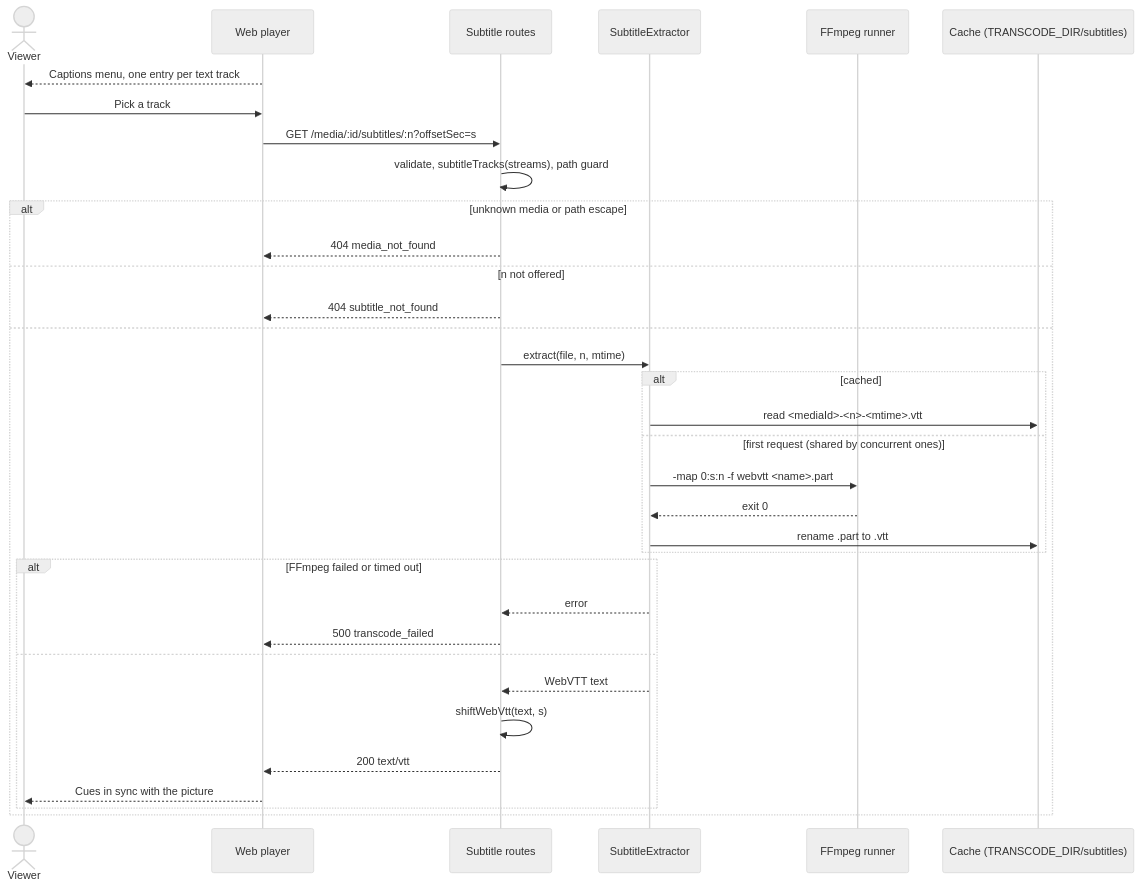
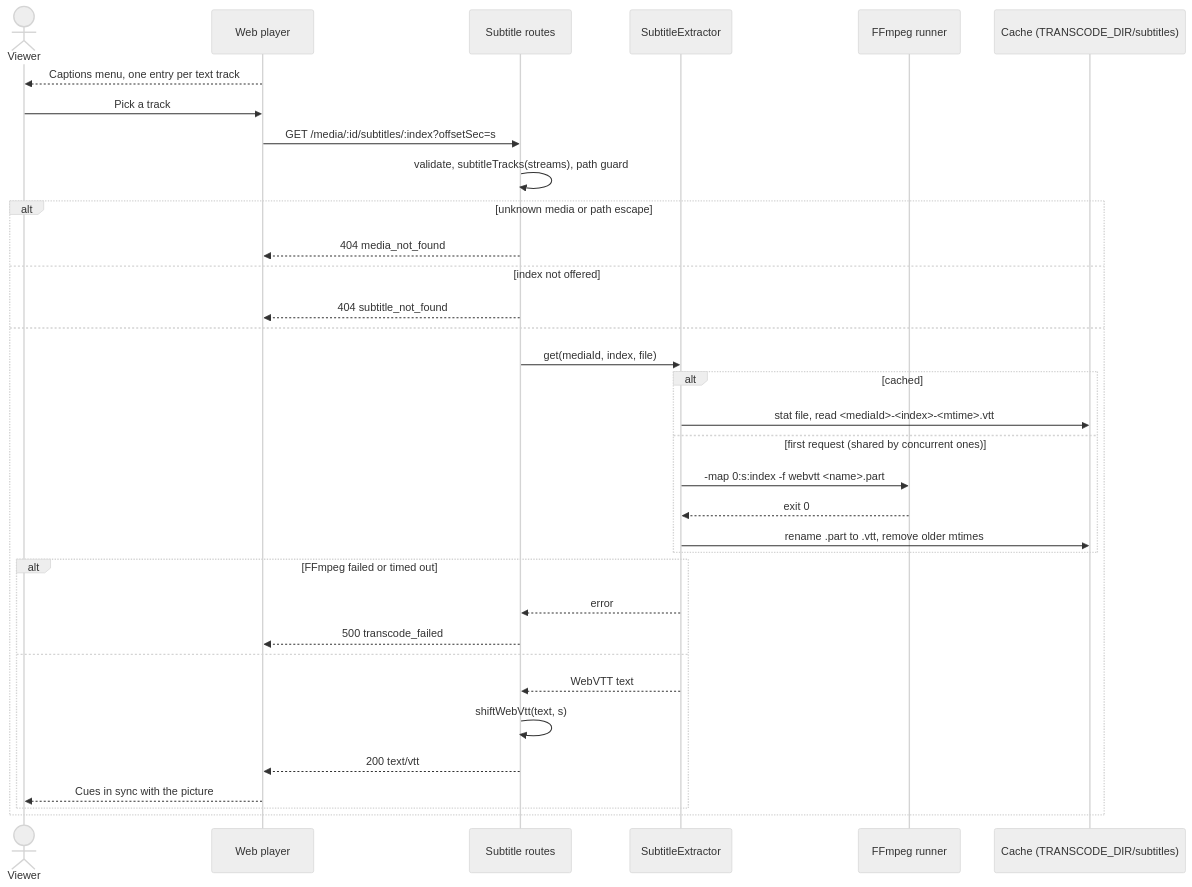
Before and after one commit to benoit-bremaud/popcorntv: the diagram in docs/architecture/diagrams/playback/02-sequence-turn-on-subtitles.md, drawn with Mermaid (neutral theme). The commit also changed 16 other files, not shown here.

````diff
--- a/docs/architecture/diagrams/playback/02-sequence-turn-on-subtitles.md
+++ b/docs/architecture/diagrams/playback/02-sequence-turn-on-subtitles.md
@@ -14,37 +14,37 @@
 ```mermaid
 sequenceDiagram
   actor V as Viewer
   participant P as Web player
   participant API as Subtitle routes
   participant SX as SubtitleExtractor
   participant FF as FFmpeg runner
   participant C as Cache (TRANSCODE_DIR/subtitles)
 
   P-->>V: Captions menu, one entry per text track
   V->>P: Pick a track
-  P->>API: GET /media/:id/subtitles/:n?offsetSec=s
+  P->>API: GET /media/:id/subtitles/:index?offsetSec=s
   API->>API: validate, subtitleTracks(streams), path guard
   alt unknown media or path escape
     API-->>P: 404 media_not_found
-  else n not offered
+  else index not offered
     API-->>P: 404 subtitle_not_found
   else
-    API->>SX: extract(file, n, mtime)
+    API->>SX: get(mediaId, index, file)
     alt cached
-      SX->>C: read <mediaId>-<n>-<mtime>.vtt
+      SX->>C: stat file, read <mediaId>-<index>-<mtime>.vtt
     else first request (shared by concurrent ones)
-      SX->>FF: -map 0:s:n -f webvtt <name>.part
+      SX->>FF: -map 0:s:index -f webvtt <name>.part
       FF-->>SX: exit 0
-      SX->>C: rename .part to .vtt
+      SX->>C: rename .part to .vtt, remove older mtimes
     end
     alt FFmpeg failed or timed out
       SX-->>API: error
       API-->>P: 500 transcode_failed
     else
       SX-->>API: WebVTT text
       API->>API: shiftWebVtt(text, s)
       API-->>P: 200 text/vtt
       P-->>V: Cues in sync with the picture
     end
   end
 ```
````
